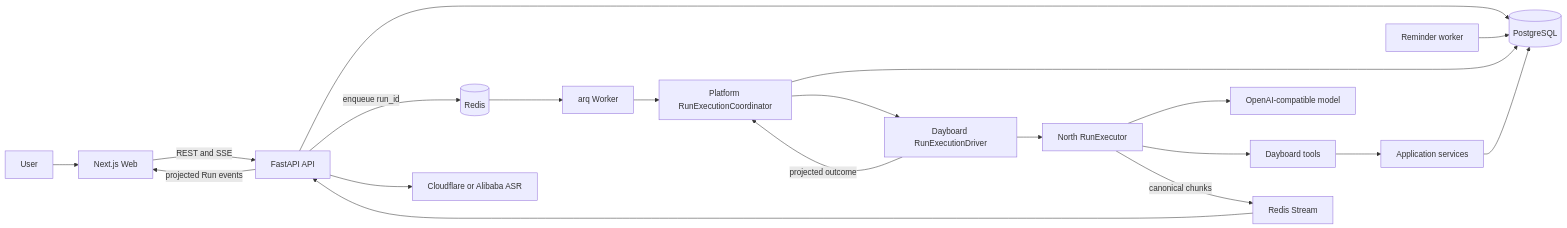
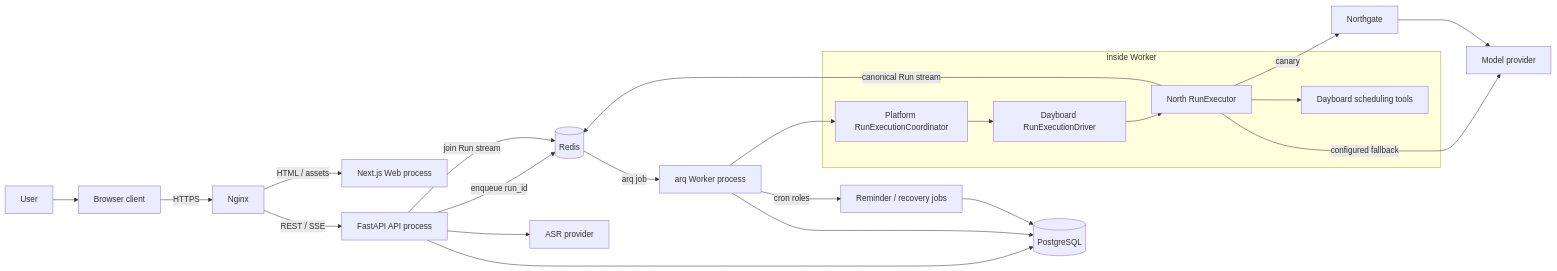
The second of 4 diagrams in docs/current/architecture.md (Notryag/dayboard), drawn with Mermaid before and after one commit. The commit also changed other lines of this file and 4 other files, not shown here.

Commit message:
docs(architecture): add AI-oriented system views

````diff
--- a/docs/current/architecture.md
+++ b/docs/current/architecture.md
@@ -9,22 +34,33 @@
 ```mermaid
 flowchart LR
-    User[User] --> Web[Next.js Web]
-    Web -->|REST and SSE| API[FastAPI API]
-    API --> DB[(PostgreSQL)]
+    User[User] --> Client[Browser client]
+    Client -->|HTTPS| Nginx[Nginx]
+    Nginx -->|HTML / assets| Web[Next.js Web process]
+    Nginx -->|REST / SSE| API[FastAPI API process]
+
+    API --> PG[(PostgreSQL)]
     API -->|enqueue run_id| Redis[(Redis)]
-    Redis --> Worker[arq Worker]
-    Worker --> Coordinator[Platform RunExecutionCoordinator]
-    Coordinator --> DB
-    Coordinator --> Driver[Dayboard RunExecutionDriver]
-    Driver --> North[North RunExecutor]
-    Driver -->|projected outcome| Coordinator
-    North --> Model[OpenAI-compatible model]
-    North --> Tools[Dayboard tools]
-    Tools --> Services[Application services]
-    Services --> DB
-    North -->|canonical chunks| RedisStream[Redis Stream]
-    RedisStream --> API
-    API -->|projected Run events| Web
-    API --> ASR[Cloudflare or Alibaba ASR]
-    ReminderWorker[Reminder worker] --> DB
+    API -->|join Run stream| Redis
+    API --> ASR[ASR provider]
+
+    Redis -->|arq job| Worker[arq Worker process]
+    Worker --> PG
+    Worker -->|cron roles| Reminder[Reminder / recovery jobs]
+    Reminder --> PG
+
+    subgraph WorkerRuntime[inside Worker]
+        Coordinator[Platform RunExecutionCoordinator]
+        Driver[Dayboard RunExecutionDriver]
+        North[North RunExecutor]
+        Tools[Dayboard scheduling tools]
+        Coordinator --> Driver
+        Driver --> North
+        North --> Tools
+    end
+
+    Worker --> Coordinator
+    North -->|canonical Run stream| Redis
+    North -->|canary| Northgate[Northgate]
+    North -->|configured fallback| Model[Model provider]
+    Northgate --> Model
 ```
````
